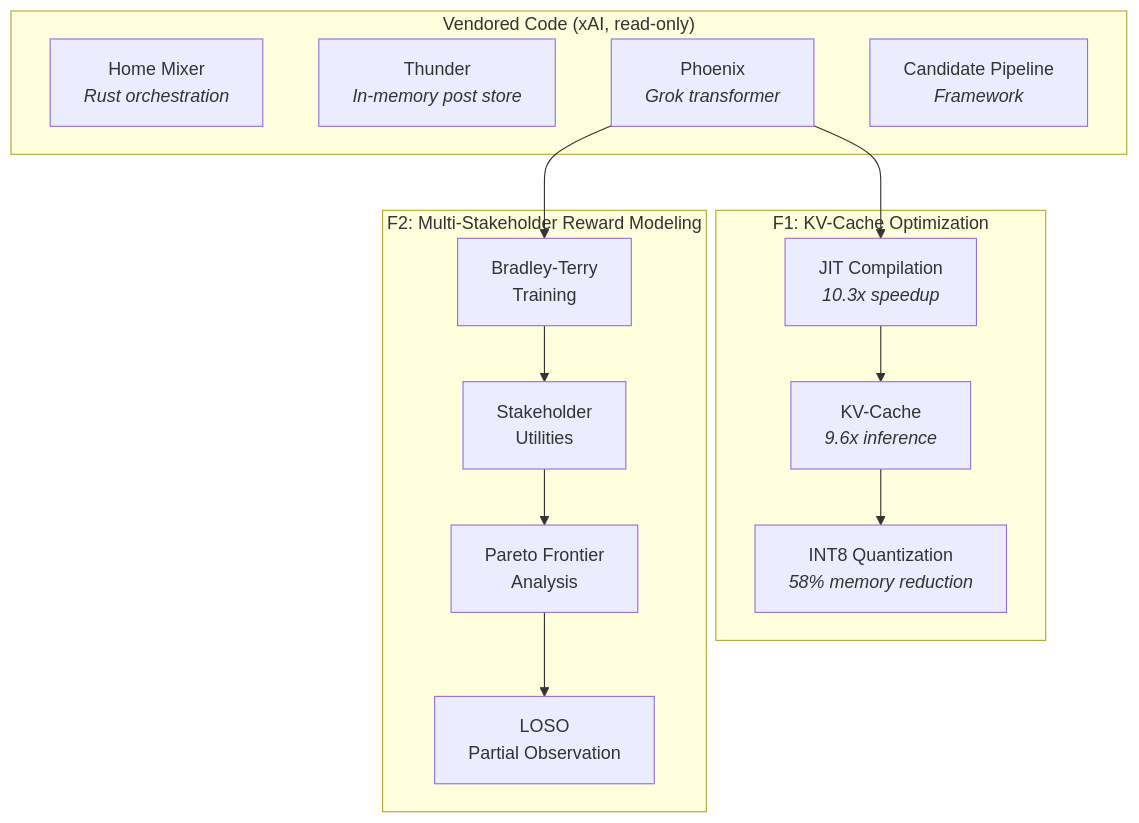
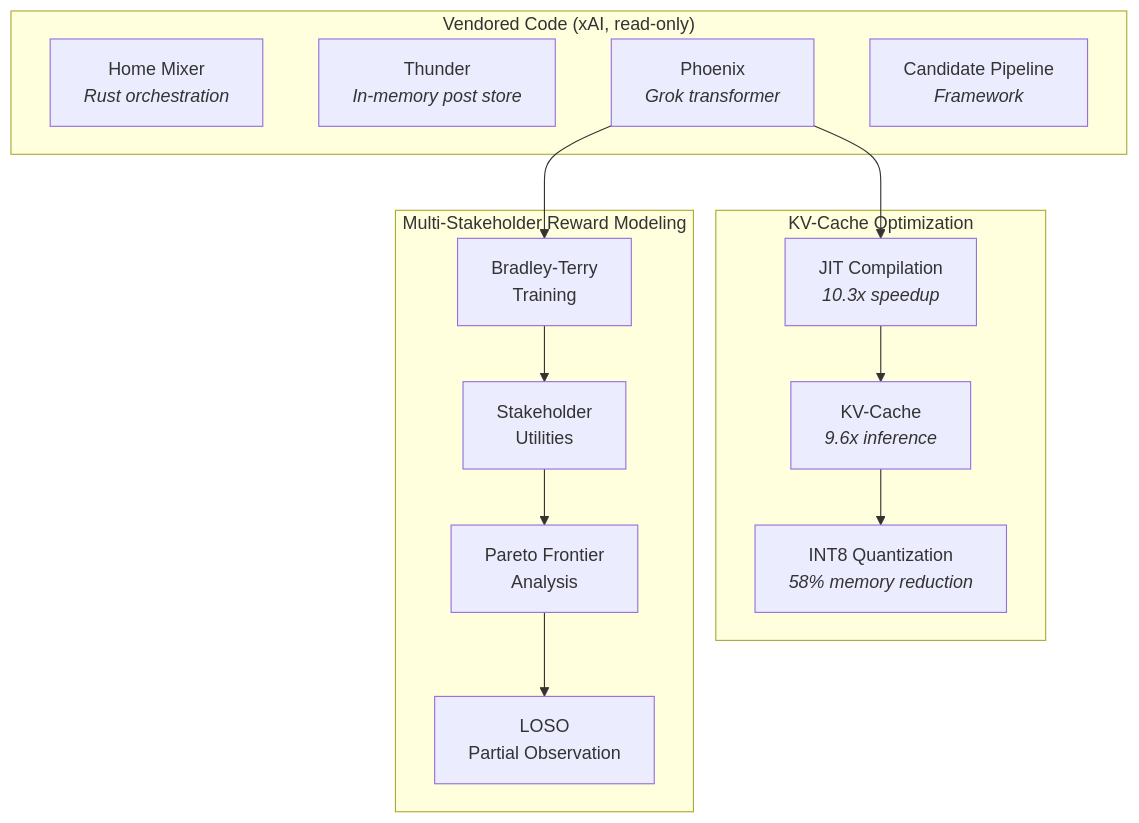
One commit to kar-ganap/x-algorithm-enhancements changed the first of 5 diagrams in docs/architecture.md. Above: the diagram before and after it, drawn with Mermaid. The commit also changed other lines of this file and 2 other files, not shown here.

First line of the commit message:
docs: remove internal labels from architecture, results, retro

````diff
--- a/docs/architecture.md
+++ b/docs/architecture.md
@@ -7,26 +7,26 @@
 ```mermaid
 graph TB
     subgraph vendored ["Vendored Code (xAI, read-only)"]
         HM["Home Mixer<br/><i>Rust orchestration</i>"]
         T["Thunder<br/><i>In-memory post store</i>"]
         P["Phoenix<br/><i>Grok transformer</i>"]
         CP["Candidate Pipeline<br/><i>Framework</i>"]
     end
 
-    subgraph f1 ["F1: KV-Cache Optimization"]
+    subgraph opt ["KV-Cache Optimization"]
         JIT["JIT Compilation<br/><i>10.3x speedup</i>"]
         KV["KV-Cache<br/><i>9.6x inference</i>"]
         Q["INT8 Quantization<br/><i>58% memory reduction</i>"]
     end
 
-    subgraph f2 ["F2: Multi-Stakeholder Reward Modeling"]
+    subgraph reward ["Multi-Stakeholder Reward Modeling"]
         BT["Bradley-Terry<br/>Training"]
         SU["Stakeholder<br/>Utilities"]
         PF["Pareto Frontier<br/>Analysis"]
         LOSO["LOSO<br/>Partial Observation"]
     end
 
     P --> JIT --> KV --> Q
     P --> BT --> SU --> PF
     PF --> LOSO
 ```
````
